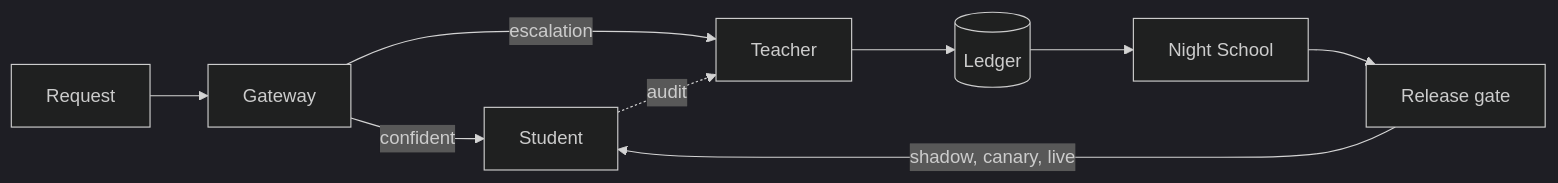
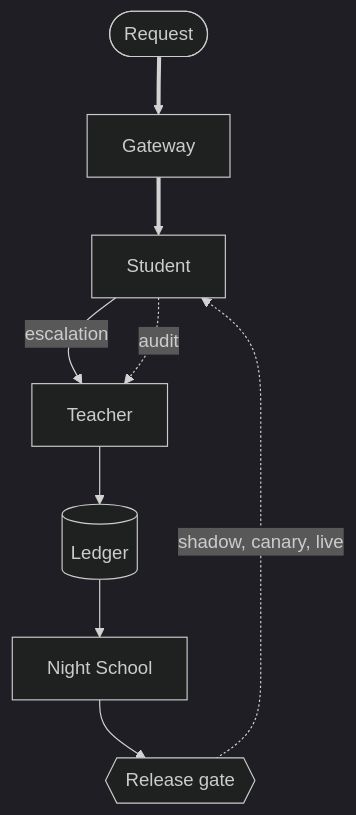
One commit to harshbhx/ratchet changed the diagram in docs-site/src/content/docs/guides/glossary.mdx. Above: the diagram before and after it, drawn with Mermaid (dark theme). The commit also changed other lines of this file and 25 other files, not shown here.

````diff
--- a/docs-site/src/content/docs/guides/glossary.mdx
+++ b/docs-site/src/content/docs/guides/glossary.mdx
@@ -32,11 +29,15 @@
 ```mermaid
-flowchart LR
-  req["Request"] --> gw["Gateway"]
-  gw -->|"confident"| st["Student"]
-  gw -->|"escalation"| te["Teacher"]
+flowchart TB
+  req(["Request"]) ==> gw["Gateway"]
+  gw ==> st["Student"]
+  st -->|"escalation"| te["Teacher"]
   st -.->|"audit"| te
   te --> led[("Ledger")]
   led --> ns["Night School"]
-  ns --> gate["Release gate"]
-  gate -->|"shadow, canary, live"| st
+  ns --> gate{{"Release gate"}}
+  gate -.->|"shadow, canary, live"| st
+  class st student
+  class te teacher
+  class led store
+  class gate gate
 ```
````
